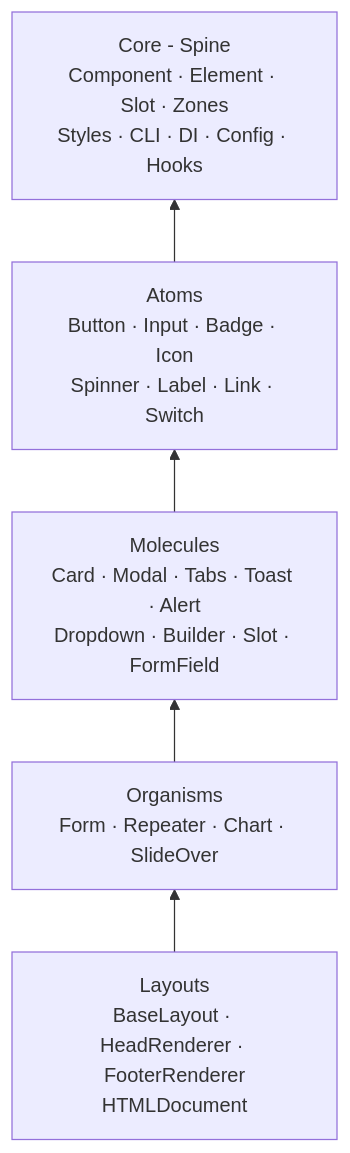
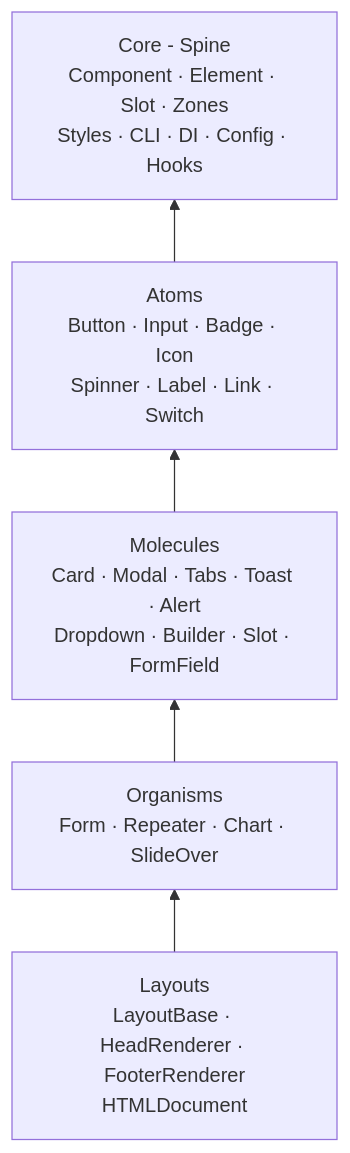
Before and after one commit to dbtinoy-/lexigram-framework-docs: the first of 5 diagrams in src/content/docs/experimental/lexigram-ui/docs/ARCHITECTURE.md, drawn with Mermaid. The commit also changed other lines of this file and 66 other files, not shown here.

````diff
--- a/src/content/docs/experimental/lexigram-ui/docs/ARCHITECTURE.md
+++ b/src/content/docs/experimental/lexigram-ui/docs/ARCHITECTURE.md
@@ -12,13 +12,13 @@
 ```mermaid
 flowchart BT
     Core[Core - Spine<br/>Component · Element · Slot · Zones<br/>Styles · CLI · DI · Config · Hooks]
     Atoms[Atoms<br/>Button · Input · Badge · Icon<br/>Spinner · Label · Link · Switch]
     Molecules[Molecules<br/>Card · Modal · Tabs · Toast · Alert<br/>Dropdown · Builder · Slot · FormField]
     Organisms[Organisms<br/>Form · Repeater · Chart · SlideOver]
-    Layouts[Layouts<br/>BaseLayout · HeadRenderer · FooterRenderer<br/>HTMLDocument]
+    Layouts[Layouts<br/>LayoutBase · HeadRenderer · FooterRenderer<br/>HTMLDocument]
 
     Layouts --> Organisms
     Organisms --> Molecules
     Molecules --> Atoms
     Atoms --> Core
 ```
````
